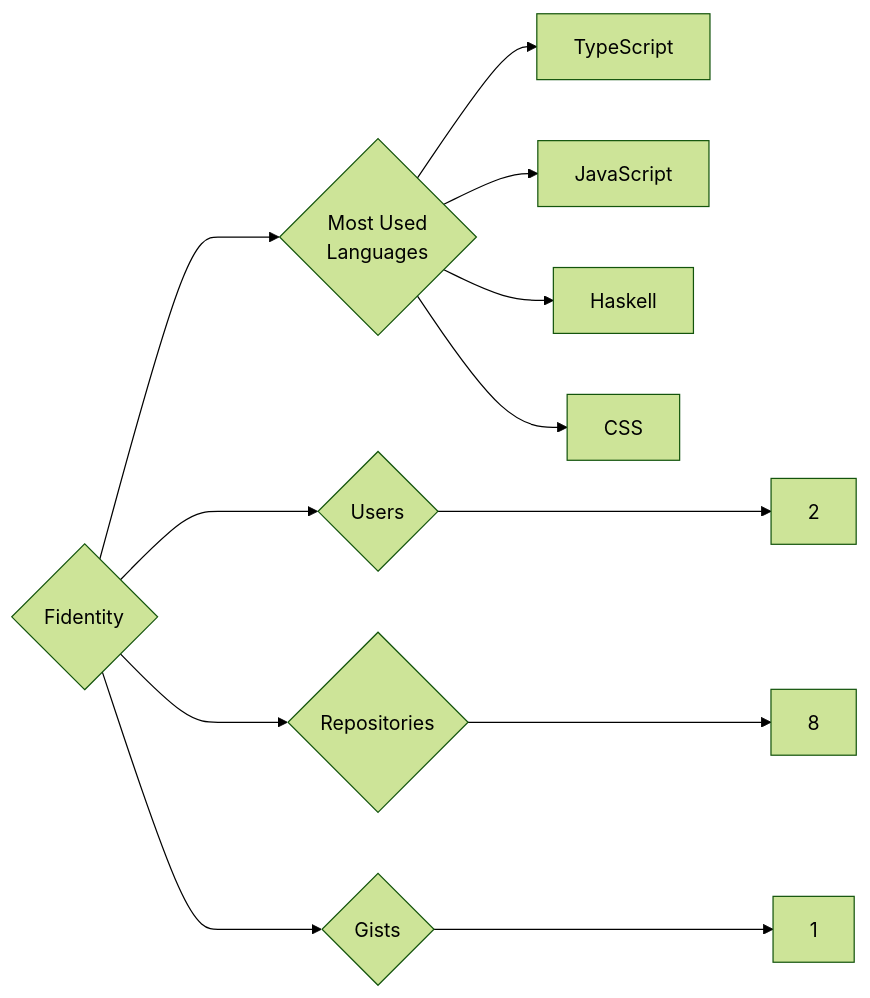
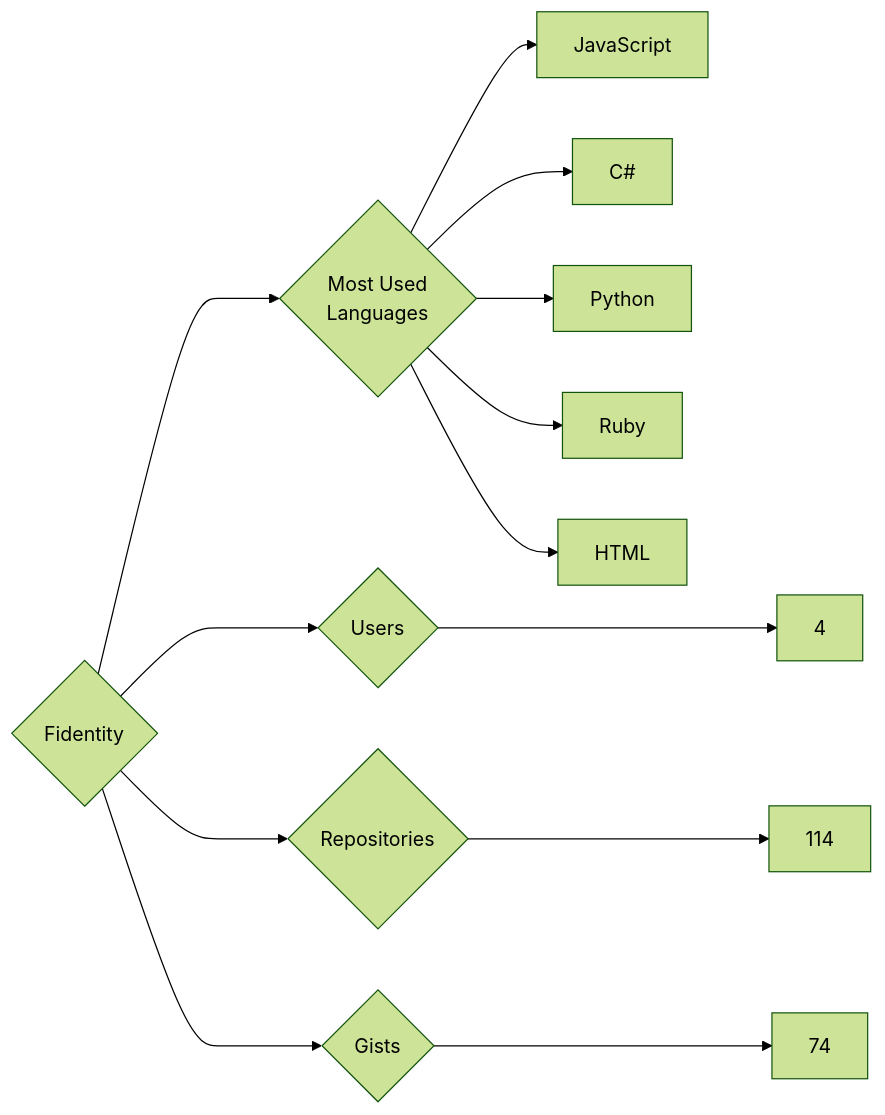
The diagram in targets/Fidentity/README.md (trickest/insiders), drawn with Mermaid (forest theme) before and after one commit. The commit also changed 676 other files, not shown here.

````diff
--- a/targets/Fidentity/README.md
+++ b/targets/Fidentity/README.md
@@ -3,12 +3,13 @@
 ```mermaid
 graph LR
 COMPANY_NAME{Fidentity}
-COMPANY_NAME ---> U{Users} ---> UN[2]
-COMPANY_NAME ---> R{Repositories} ---> RN[8]
-COMPANY_NAME ---> G{Gists} ---> GN[1]
+COMPANY_NAME ---> U{Users} ---> UN[4]
+COMPANY_NAME ---> R{Repositories} ---> RN[114]
+COMPANY_NAME ---> G{Gists} ---> GN[74]
 COMPANY_NAME ---> ML{Most Used<br>Languages}
-ML --> TypeScript[TypeScript]
 ML --> JavaScript[JavaScript]
-ML --> Haskell[Haskell]
-ML --> CSS[CSS]
+ML --> C#[C#]
+ML --> Python[Python]
+ML --> Ruby[Ruby]
+ML --> HTML[HTML]
 ```
````
